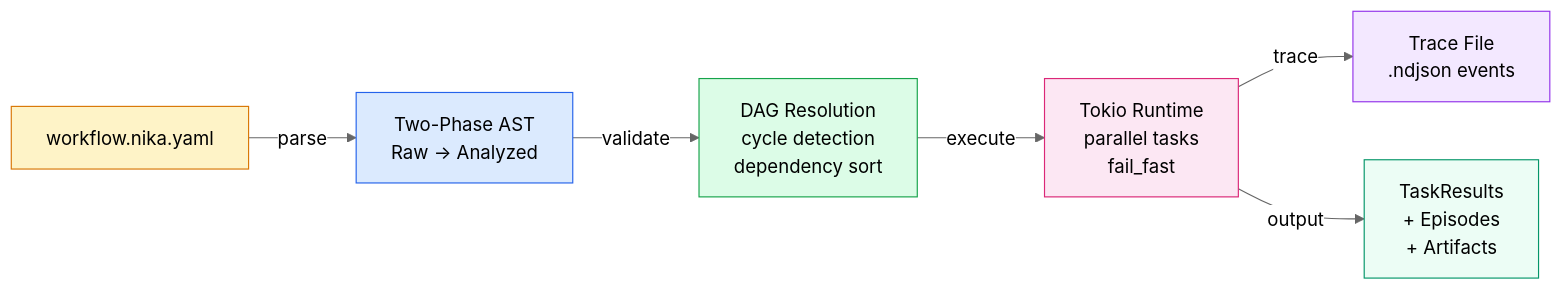
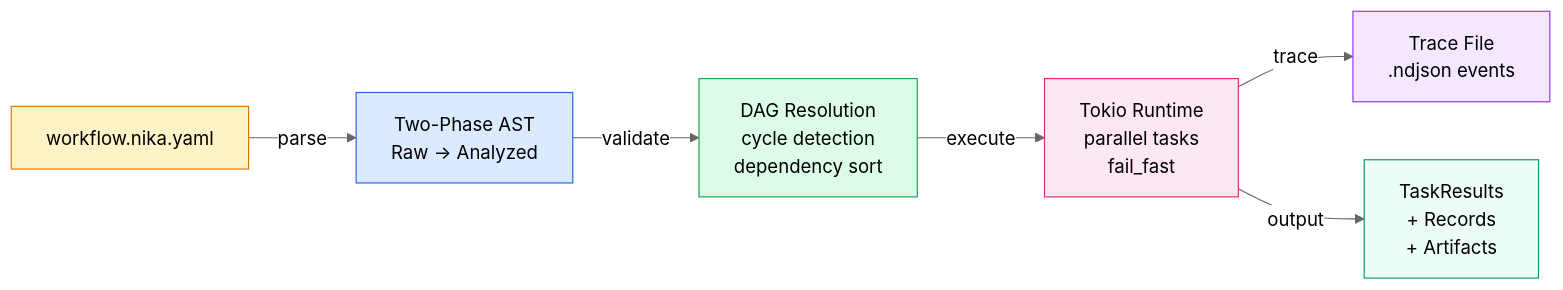
Before and after one commit to supernovae-st/nika: the first of 23 diagrams in docs/brainstorm/nika-evolution/11-nika-030-technical-reference.md, drawn with Mermaid (neutral theme). The commit also changed other lines of this file and 12 other files, not shown here.

````diff
--- a/docs/brainstorm/nika-evolution/11-nika-030-technical-reference.md
+++ b/docs/brainstorm/nika-evolution/11-nika-030-technical-reference.md
@@ -41,15 +41,15 @@
 ```mermaid
 flowchart LR
     YAML["workflow.nika.yaml"] -->|parse| AST["Two-Phase AST\nRaw → Analyzed"]
     AST -->|validate| DAG["DAG Resolution\ncycle detection\ndependency sort"]
     DAG -->|execute| RT["Tokio Runtime\nparallel tasks\nfail_fast"]
     RT -->|trace| NDJSON["Trace File\n.ndjson events"]
-    RT -->|output| RESULT["TaskResults\n+ Episodes\n+ Artifacts"]
+    RT -->|output| RESULT["TaskResults\n+ Records\n+ Artifacts"]
 
     style YAML fill:#fef3c7,stroke:#d97706
     style AST fill:#dbeafe,stroke:#2563eb
     style DAG fill:#dcfce7,stroke:#16a34a
     style RT fill:#fce7f3,stroke:#db2777
     style NDJSON fill:#f3e8ff,stroke:#9333ea
     style RESULT fill:#ecfdf5,stroke:#059669
 ```
````
